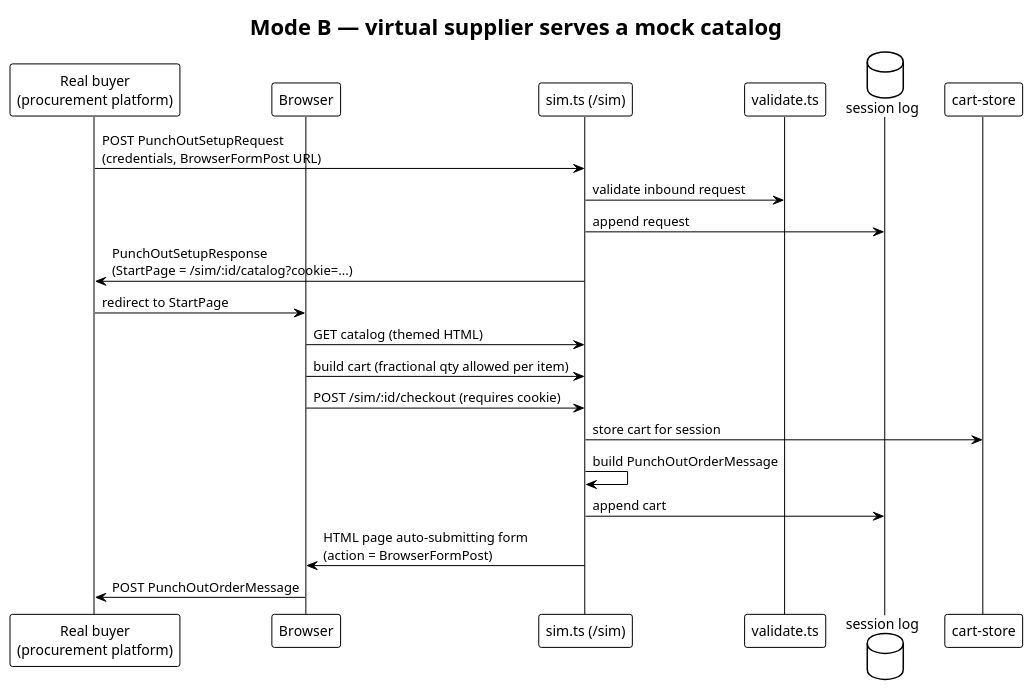
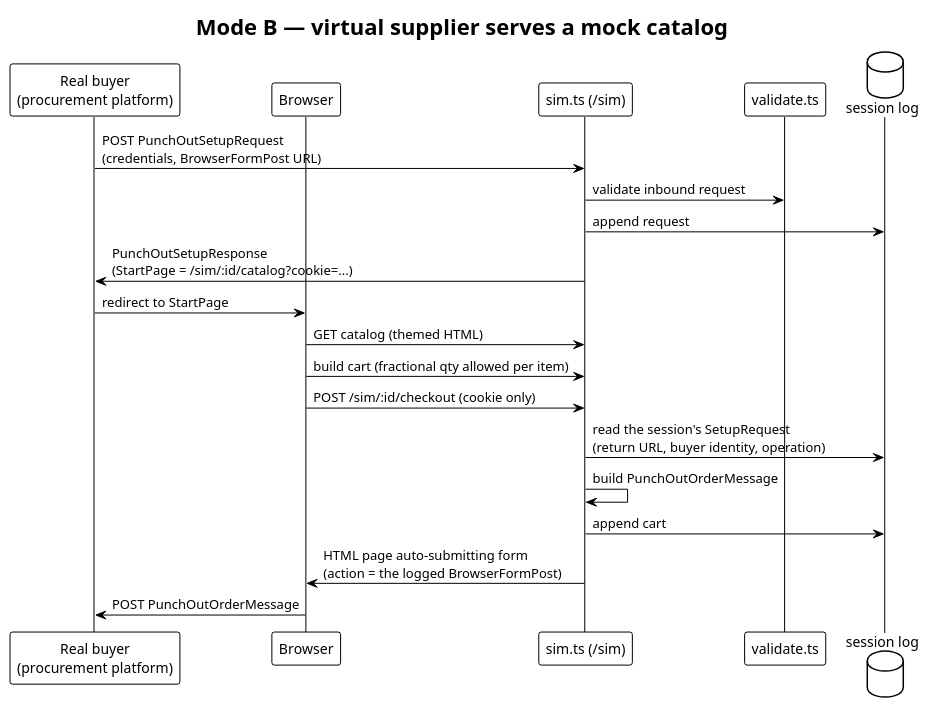
The sixth of 8 diagrams in docs/architecture_en.md (slawomir-szostak/punchout-simulator), drawn with PlantUML before and after one commit. The commit also changed other lines of this file and 25 other files, not shown here.

First line of the commit message:
docs: bring the documents up to date with 0.11.6–0.11.10, add diagrams and a changelog

````diff
--- a/docs/architecture_en.md
+++ b/docs/architecture_en.md
@@ -368,28 +416,27 @@
 ```plantuml
 @startuml mode-b-sequence
 !theme plain
 title Mode B — virtual supplier serves a mock catalog
 
 participant "Real buyer\n(procurement platform)" as Buyer
 participant "Browser" as Br
 participant "sim.ts (/sim)" as Sim
 participant "validate.ts" as Val
 database "session log" as Log
-participant "cart-store" as Cart
 
 Buyer -> Sim : POST PunchOutSetupRequest\n(credentials, BrowserFormPost URL)
 Sim -> Val : validate inbound request
 Sim -> Log : append request
 Sim -> Buyer : PunchOutSetupResponse\n(StartPage = /sim/:id/catalog?cookie=...)
 
 Buyer -> Br : redirect to StartPage
 Br -> Sim : GET catalog (themed HTML)
 Br -> Sim : build cart (fractional qty allowed per item)
-Br -> Sim : POST /sim/:id/checkout (requires cookie)
-Sim -> Cart : store cart for session
+Br -> Sim : POST /sim/:id/checkout (cookie only)
+Sim -> Log : read the session's SetupRequest\n(return URL, buyer identity, operation)
 Sim -> Sim : build PunchOutOrderMessage
 Sim -> Log : append cart
-Sim -> Br : HTML page auto-submitting form\n(action = BrowserFormPost)
+Sim -> Br : HTML page auto-submitting form\n(action = the logged BrowserFormPost)
 Br -> Buyer : POST PunchOutOrderMessage
 @enduml
 ```
````
